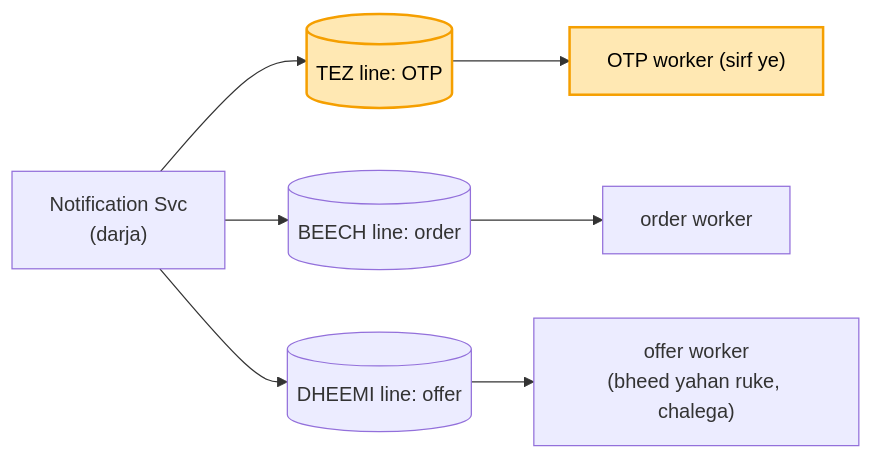
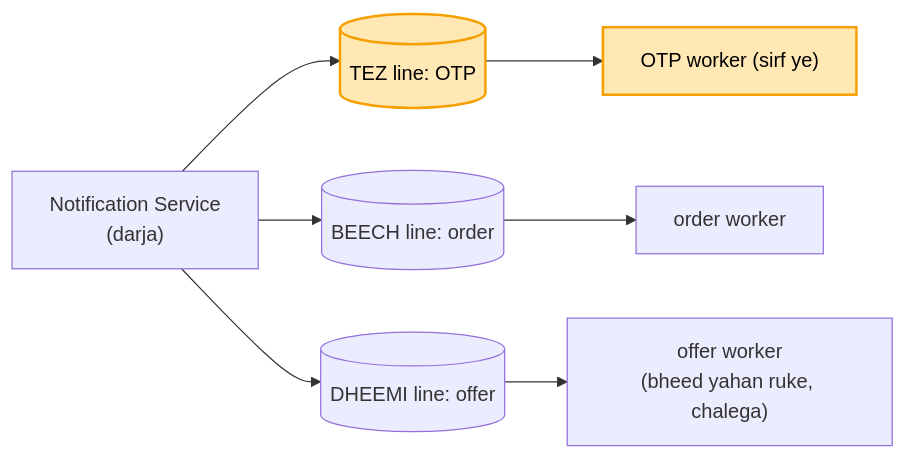
One commit to ArpanMaheshwari144/Prep changed the seventh of 11 diagrams in 04_HLD/SYSTEM_DESIGNS/04_notification_system/04_notification_system.md. Above: the diagram before and after it, drawn with Mermaid. The commit also changed other lines of this file and 8 other files, not shown here.

````diff
--- a/04_HLD/SYSTEM_DESIGNS/04_notification_system/04_notification_system.md
+++ b/04_HLD/SYSTEM_DESIGNS/04_notification_system/04_notification_system.md
@@ -218,11 +218,11 @@
 ```mermaid
 flowchart LR
-    N["Notification Svc<br/>(darja)"] --> T[("TEZ line: OTP")]
+    N["Notification Service<br/>(darja)"] --> T[("TEZ line: OTP")]
     N --> B[("BEECH line: order")]
     N --> D[("DHEEMI line: offer")]
     T --> WT["OTP worker (sirf ye)"]
     B --> WB["order worker"]
     D --> WD["offer worker<br/>(bheed yahan ruke, chalega)"]
     style T fill:#ffe8b3,stroke:#f59f00,stroke-width:2px,color:#000
     style WT fill:#ffe8b3,stroke:#f59f00,stroke-width:2px,color:#000
 ```
````
